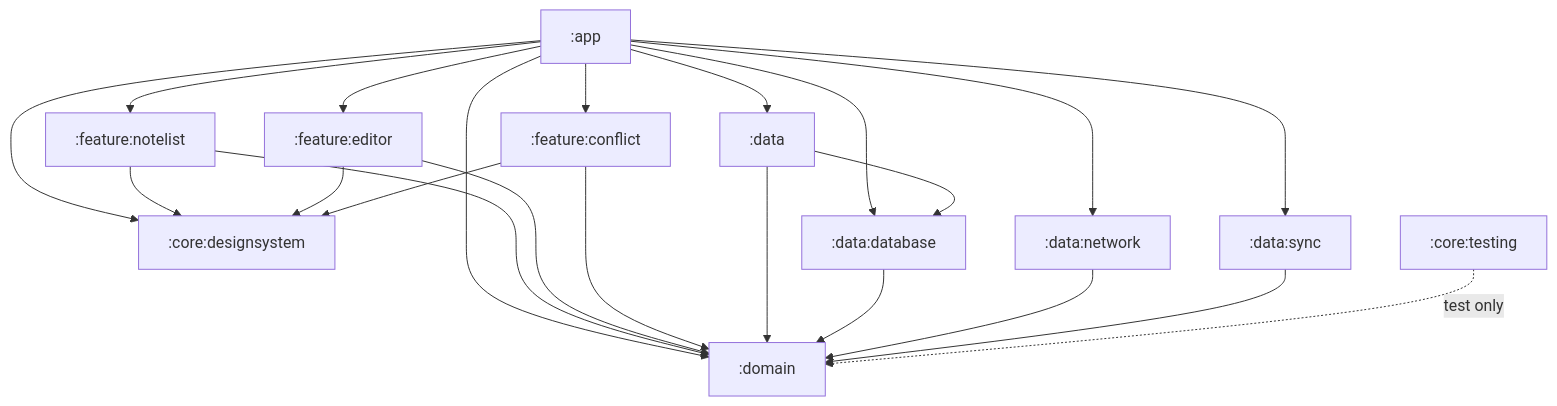
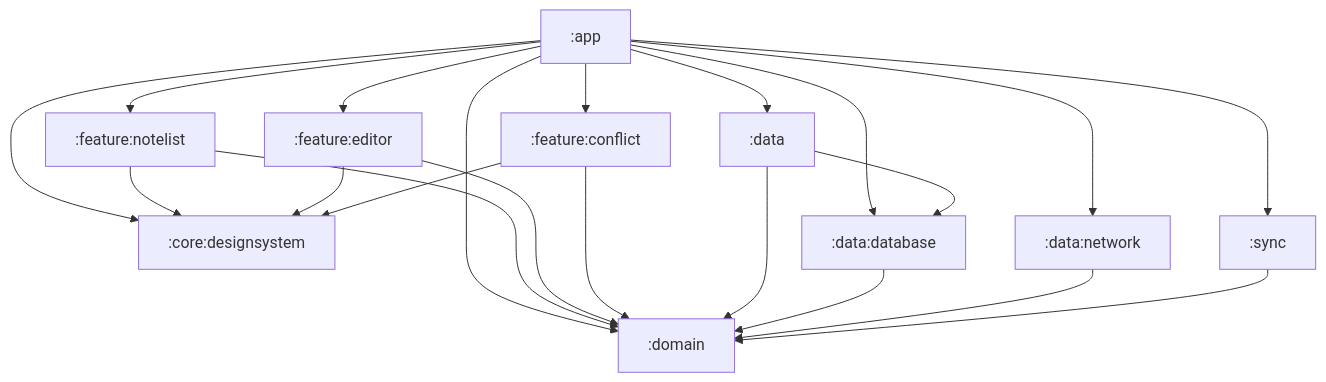
Before and after one commit to savvasg28/offline-notes: the second of 4 diagrams in README.md, drawn with Mermaid. The commit also changed other lines of this file and 12 other files, not shown here.

````diff
--- a/README.md
+++ b/README.md
@@ -52,25 +52,23 @@
 ```mermaid
 flowchart TD
     app[":app"]
     fnl[":feature:notelist"]
     fed[":feature:editor"]
     fco[":feature:conflict"]
     cds[":core:designsystem"]
-    ctest[":core:testing"]
     dom[":domain"]
     dat[":data"]
     ddb[":data:database"]
     dnet[":data:network"]
-    dsync[":data:sync"]
+    sync[":sync"]
 
     app --> fnl & fed & fco
-    app --> dom & dat & ddb & dnet & dsync & cds
+    app --> dom & dat & ddb & dnet & sync & cds
     fnl --> dom & cds
     fed --> dom & cds
     fco --> dom & cds
     dat --> dom & ddb
     ddb --> dom
     dnet --> dom
-    dsync --> dom
-    ctest -.test only.-> dom
+    sync --> dom
 ```
````
